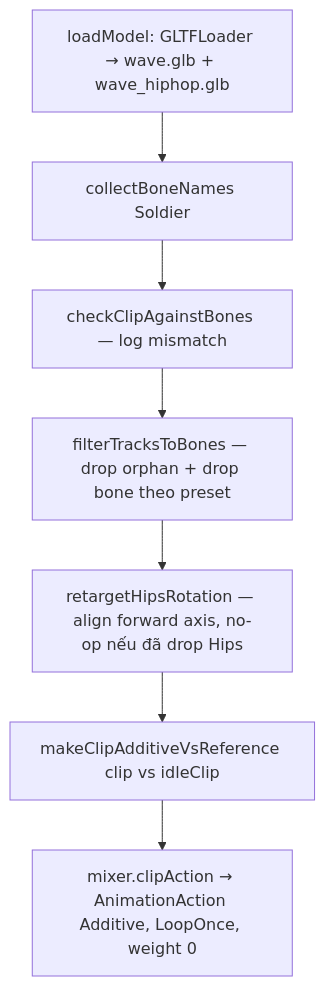
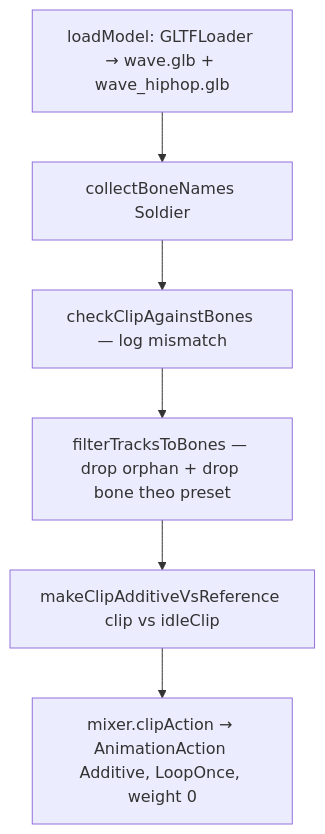
The diagram in docs/animation_gesture_overlay.md (levanthang2332001/character-3d), drawn with Mermaid before and after one commit. The commit also changed other lines of this file and 2 other files, not shown here.

````diff
--- a/docs/animation_gesture_overlay.md
+++ b/docs/animation_gesture_overlay.md
@@ -106,10 +106,9 @@
 ```mermaid
 flowchart TD
   A[loadModel: GLTFLoader → wave.glb + wave_hiphop.glb] --> B
   B[collectBoneNames Soldier] --> C
   C[checkClipAgainstBones — log mismatch] --> D
-  D[filterTracksToBones — drop orphan + drop bone theo preset] --> R
-  R[retargetHipsRotation — align forward axis, no-op nếu đã drop Hips] --> E
+  D[filterTracksToBones — drop orphan + drop bone theo preset] --> E
   E[makeClipAdditiveVsReference clip vs idleClip] --> F
   F[mixer.clipAction → AnimationAction Additive, LoopOnce, weight 0]
 ```
````
